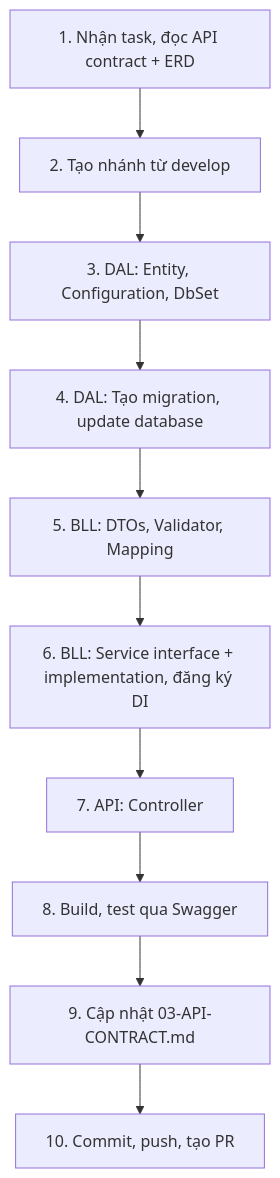
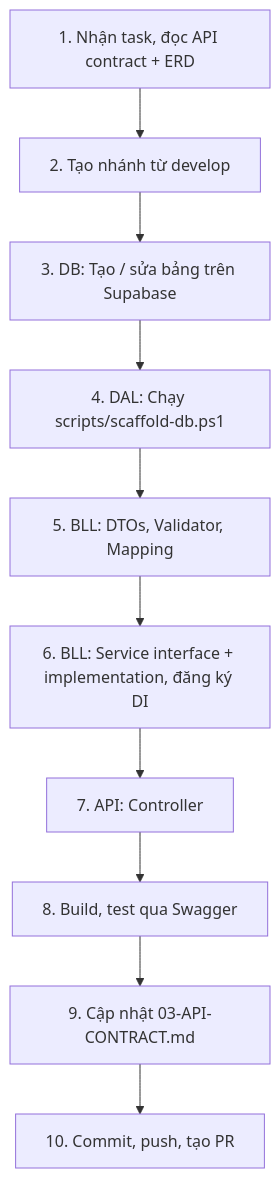
One commit to namle0017/rentTrek-be changed the second of 2 diagrams in docs/01-CONVENTIONS.md. Above: the diagram before and after it, drawn with Mermaid. The commit also changed other lines of this file and 2 other files, not shown here.

````diff
--- a/docs/01-CONVENTIONS.md
+++ b/docs/01-CONVENTIONS.md
@@ -523,12 +531,12 @@
 ```mermaid
 flowchart TD
     A["1. Nhận task, đọc API contract + ERD"] --> B["2. Tạo nhánh từ develop"]
-    B --> C["3. DAL: Entity, Configuration, DbSet"]
-    C --> D["4. DAL: Tạo migration, update database"]
+    B --> C["3. DB: Tạo / sửa bảng trên Supabase"]
+    C --> D["4. DAL: Chạy scripts/scaffold-db.ps1"]
     D --> E["5. BLL: DTOs, Validator, Mapping"]
     E --> F["6. BLL: Service interface + implementation, đăng ký DI"]
     F --> G["7. API: Controller"]
     G --> H["8. Build, test qua Swagger"]
     H --> I["9. Cập nhật 03-API-CONTRACT.md"]
     I --> J["10. Commit, push, tạo PR"]
 ```
````
